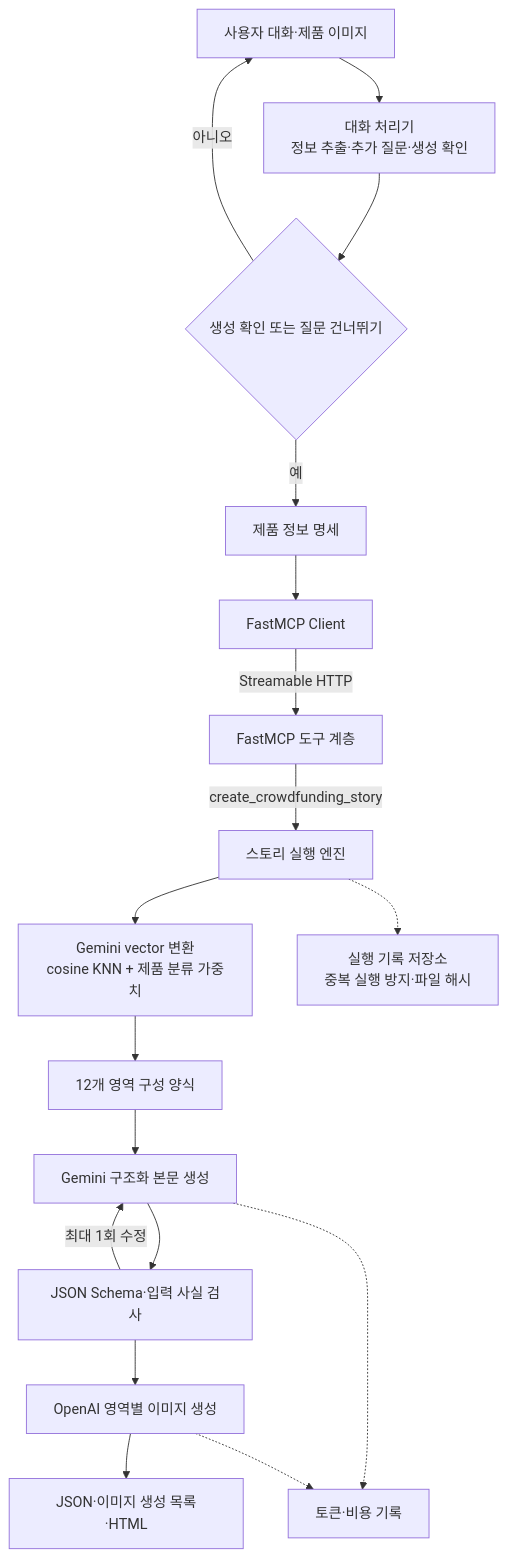
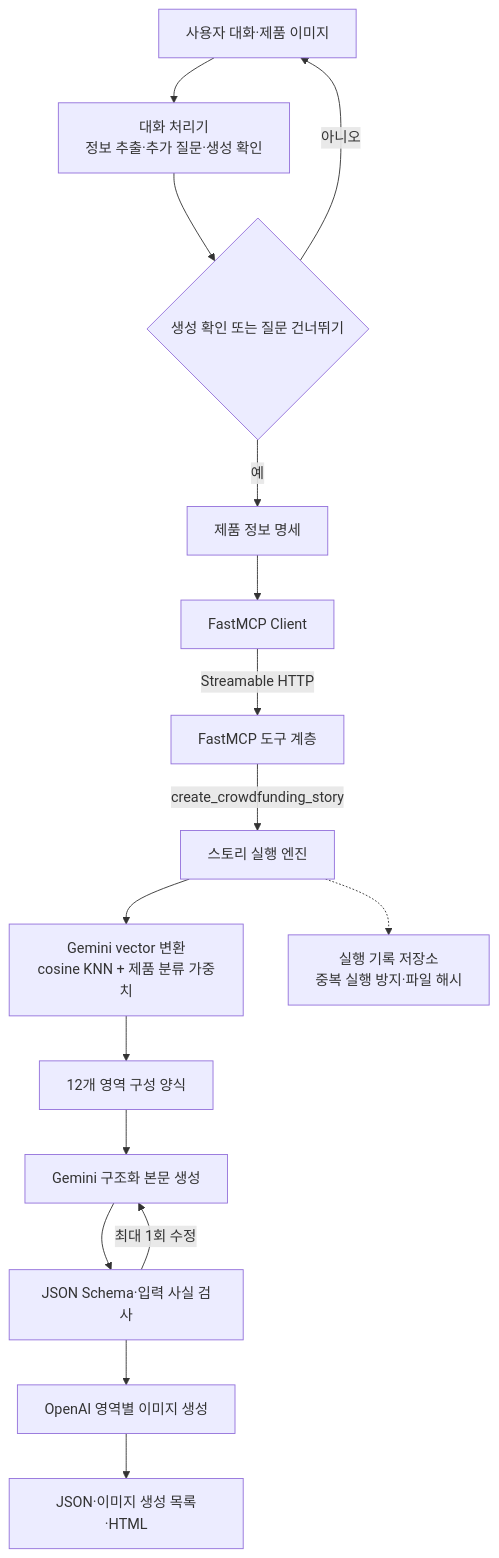
One commit to KT-Cloud-Tech-Up-team6/funding-story-ai changed the diagram in i18n/README-KR.md. Above: the diagram before and after it, drawn with Mermaid. The commit also changed other lines of this file and 37 other files, not shown here.

````diff
--- a/i18n/README-KR.md
+++ b/i18n/README-KR.md
@@ -214,23 +211,21 @@
 ```mermaid
 flowchart TB
     U["사용자 대화·제품 이미지"] --> A["대화 처리기<br/>정보 추출·추가 질문·생성 확인"]
     A --> Q{"생성 확인 또는 질문 건너뛰기"}
     Q -->|"아니오"| U
     Q -->|"예"| D["제품 정보 명세"]
 
     D --> C["FastMCP Client"]
     C -->|"Streamable HTTP"| M["FastMCP 도구 계층"]
     M -->|"create_crowdfunding_story"| E["스토리 실행 엔진"]
 
     E --> K["Gemini vector 변환<br/>cosine KNN + 제품 분류 가중치"]
     K --> T["12개 영역 구성 양식"]
     T --> G["Gemini 구조화 본문 생성"]
     G --> V["JSON Schema·입력 사실 검사"]
     V -->|"최대 1회 수정"| G
     V --> I["OpenAI 영역별 이미지 생성"]
     I --> R["JSON·이미지 생성 목록·HTML"]
 
     E -.-> L["실행 기록 저장소<br/>중복 실행 방지·파일 해시"]
-    G -.-> X["토큰·비용 기록"]
-    I -.-> X
 ```
````
